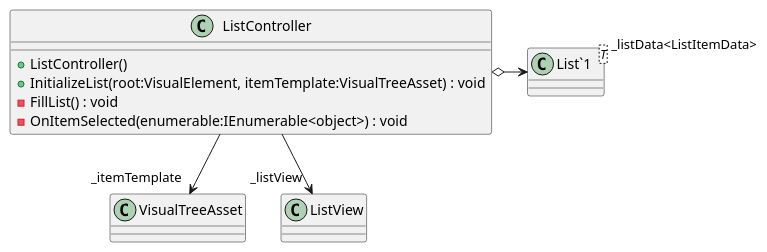
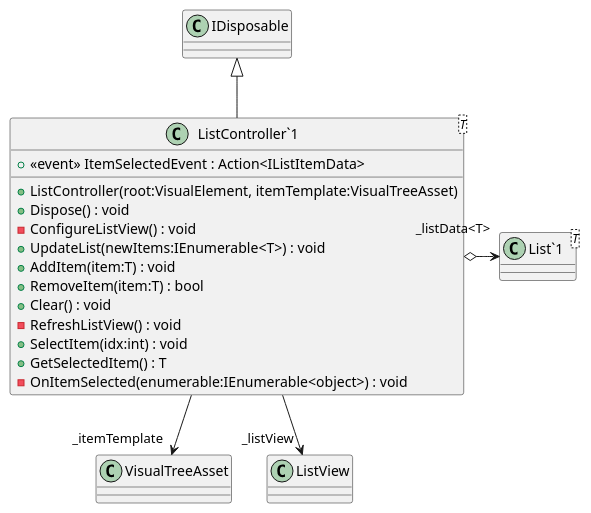
Before and after one commit to Ubus99/AVRO-Simulation: the diagram in Assets/Documentation/UML/Simulation/UI/ListController.puml, drawn with PlantUML. The commit also changed 1022 other files, not shown here.

```diff
--- a/Assets/Documentation/UML/Simulation/UI/ListController.puml
+++ b/Assets/Documentation/UML/Simulation/UI/ListController.puml
@@ -1,13 +1,22 @@
 @startuml
-class ListController {
-    + ListController()
-    + InitializeList(root:VisualElement, itemTemplate:VisualTreeAsset) : void
-    - FillList() : void
+class "ListController`1"<T> {
+    + ListController(root:VisualElement, itemTemplate:VisualTreeAsset)
+    + Dispose() : void
+    +  <<event>> ItemSelectedEvent : Action<IListItemData> 
+    - ConfigureListView() : void
+    + UpdateList(newItems:IEnumerable<T>) : void
+    + AddItem(item:T) : void
+    + RemoveItem(item:T) : bool
+    + Clear() : void
+    - RefreshListView() : void
+    + SelectItem(idx:int) : void
+    + GetSelectedItem() : T
     - OnItemSelected(enumerable:IEnumerable<object>) : void
 }
 class "List`1"<T> {
 }
-ListController o-> "_listData<ListItemData>" "List`1"
-ListController --> "_itemTemplate" VisualTreeAsset
-ListController --> "_listView" ListView
+IDisposable <|-- "ListController`1"
+"ListController`1" --> "_itemTemplate" VisualTreeAsset
+"ListController`1" o-> "_listData<T>" "List`1"
+"ListController`1" --> "_listView" ListView
 @enduml
```
